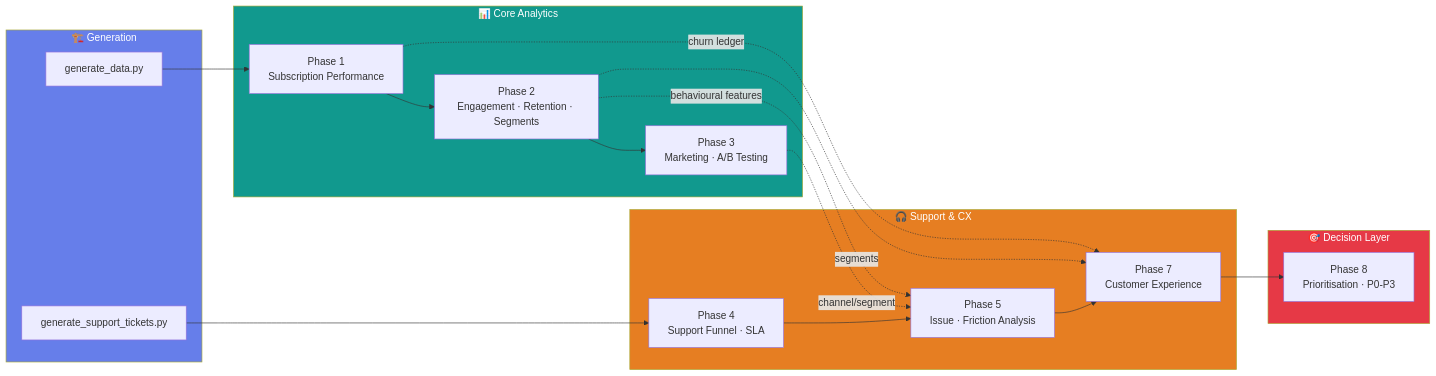
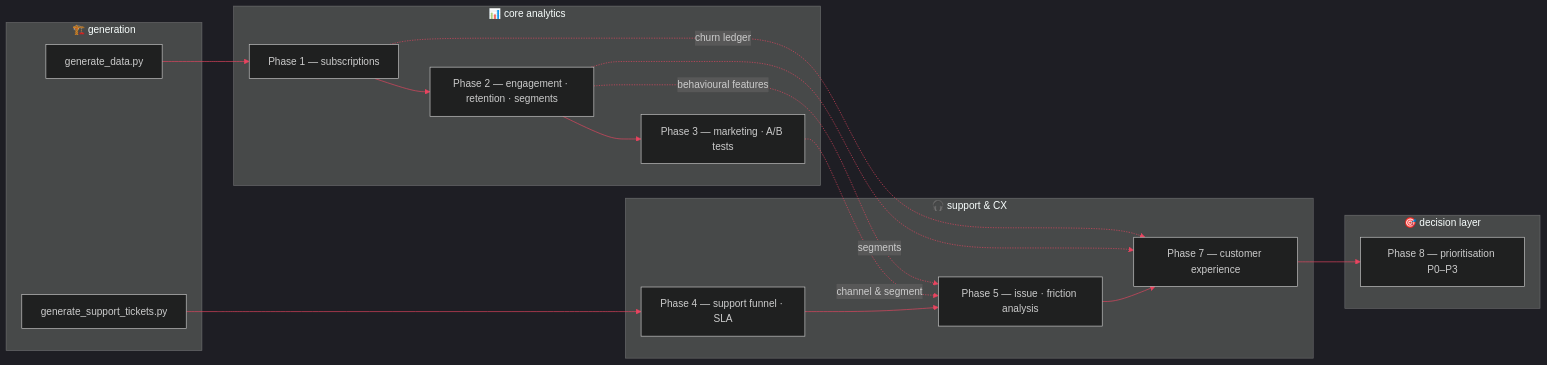
One commit to Lifewitdata/subscription-product-analytics changed the diagram in README.md. Above: the diagram before and after it, drawn with Mermaid. The commit also changed other lines of this file, not shown here.

````diff
--- a/README.md
+++ b/README.md
@@ -43,36 +43,32 @@
 ```mermaid
+%%{init: {'theme':'dark', 'themeVariables': {'primaryColor':'#16213e','primaryTextColor':'#eaeaea','lineColor':'#e94560','secondaryColor':'#0f3460','tertiaryColor':'#1a1a2e'}}}%%
 flowchart LR
-    subgraph GEN["🏗️ Generation"]
+    subgraph GEN["🏗️ generation"]
         A[generate_data.py]
         B[generate_support_tickets.py]
     end
 
-    subgraph CORE["📊 Core Analytics"]
-        P1["Phase 1\nSubscription Performance"]
-        P2["Phase 2\nEngagement · Retention · Segments"]
-        P3["Phase 3\nMarketing · A/B Testing"]
+    subgraph CORE["📊 core analytics"]
+        P1["Phase 1 — subscriptions"]
+        P2["Phase 2 — engagement · retention · segments"]
+        P3["Phase 3 — marketing · A/B tests"]
     end
 
-    subgraph SUPPORT["🎧 Support & CX"]
-        P4["Phase 4\nSupport Funnel · SLA"]
-        P5["Phase 5\nIssue · Friction Analysis"]
-        P7["Phase 7\nCustomer Experience"]
+    subgraph SUPPORT["🎧 support & CX"]
+        P4["Phase 4 — support funnel · SLA"]
+        P5["Phase 5 — issue · friction analysis"]
+        P7["Phase 7 — customer experience"]
     end
 
-    subgraph DECIDE["🎯 Decision Layer"]
-        P8["Phase 8\nPrioritisation · P0-P3"]
+    subgraph DECIDE["🎯 decision layer"]
+        P8["Phase 8 — prioritisation P0–P3"]
     end
 
     A --> P1 --> P2 --> P3
     B --> P4 --> P5
     P2 -.behavioural features.-> P5
-    P3 -.channel/segment.-> P5
+    P3 -.channel & segment.-> P5
     P5 --> P7 --> P8
     P1 -.churn ledger.-> P7
     P2 -.segments.-> P7
-
-    style GEN fill:#667eea,color:#fff
-    style CORE fill:#11998e,color:#fff
-    style SUPPORT fill:#e67e22,color:#fff
-    style DECIDE fill:#e63946,color:#fff
 ```
````
